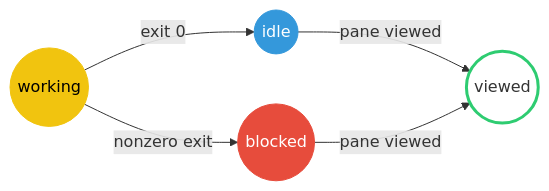
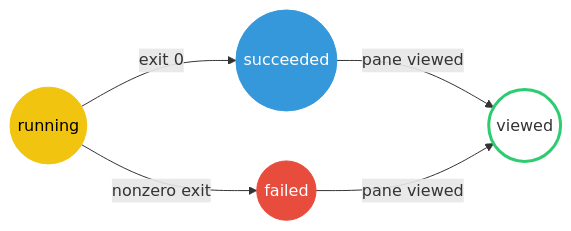
Before and after one commit to motlin/herdr-shell-status: the diagram in README.md, drawn with Mermaid. The commit also changed other lines of this file, not shown here.

````diff
--- a/README.md
+++ b/README.md
@@ -14,11 +14,11 @@
 ```mermaid
 flowchart LR
-    W((working)) -->|exit 0| I((idle))
-    W -->|nonzero exit| B((blocked))
+    W((running)) -->|exit 0| I((succeeded))
+    W -->|nonzero exit| B((failed))
     I -->|pane viewed| V((viewed))
     B -->|pane viewed| V
     style W fill:#f1c40f,stroke:#f1c40f,color:#000
     style B fill:#e74c3c,stroke:#e74c3c,color:#fff
     style I fill:#3498db,stroke:#3498db,color:#fff
     style V fill:transparent,stroke:#2ecc71,stroke-width:3px
 ```
````
